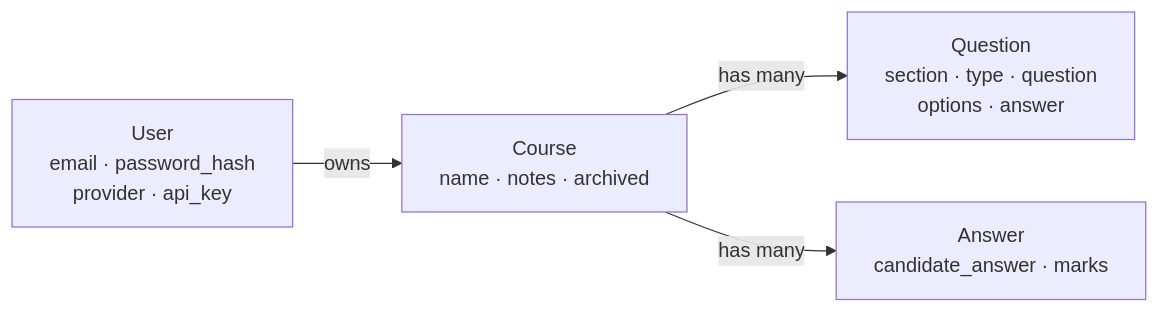
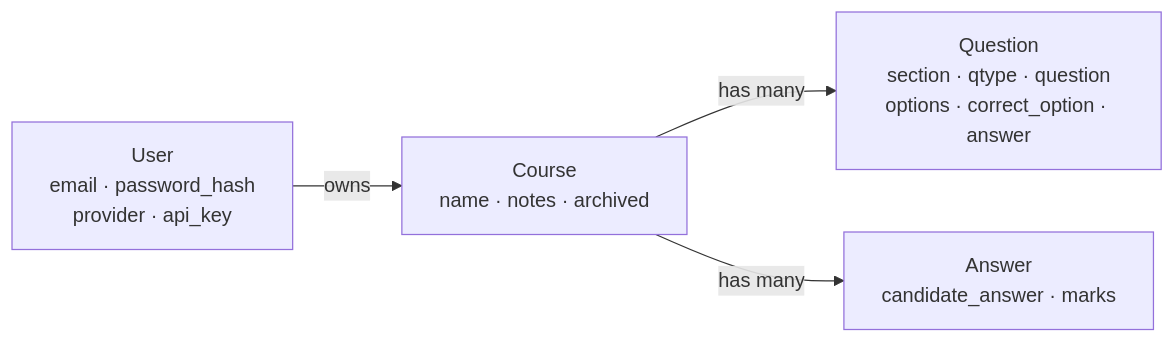
Before and after one commit to rishabh750/quiz: the fifth of 5 diagrams in docs/ARCHITECTURE.md, drawn with Mermaid. The commit also changed other lines of this file and 64 other files, not shown here.

````diff
--- a/docs/ARCHITECTURE.md
+++ b/docs/ARCHITECTURE.md
@@ -108,10 +110,10 @@
 ```mermaid
 graph LR
   U["User<br/>email · password_hash<br/>provider · api_key"]
   C["Course<br/>name · notes · archived"]
-  Q["Question<br/>section · type · question<br/>options · answer"]
+  Q["Question<br/>section · qtype · question<br/>options · correct_option · answer"]
   A["Answer<br/>candidate_answer · marks"]
   U -->|owns| C
   C -->|has many| Q
   C -->|has many| A
 ```
````
